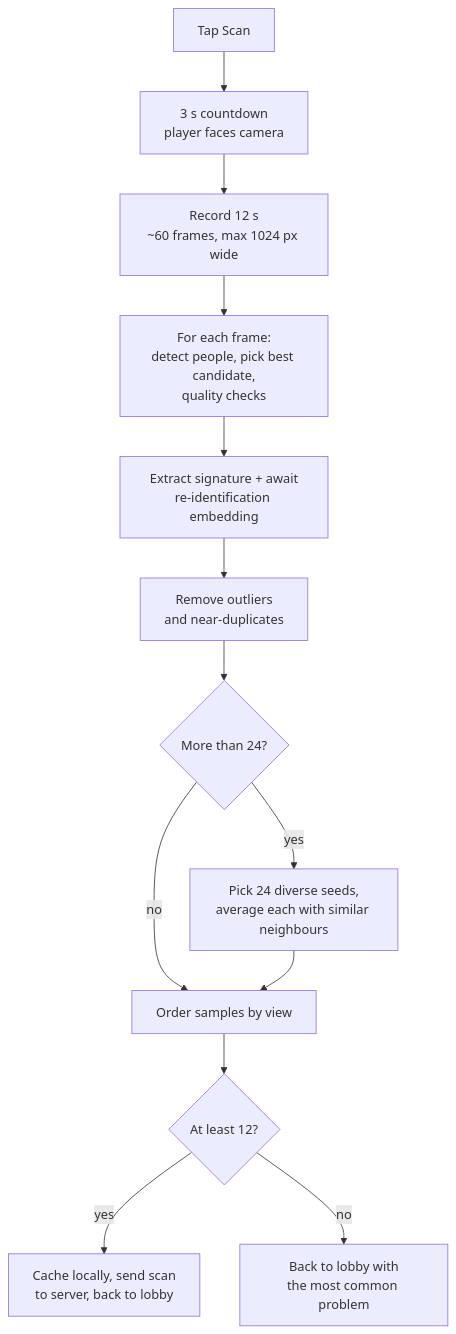
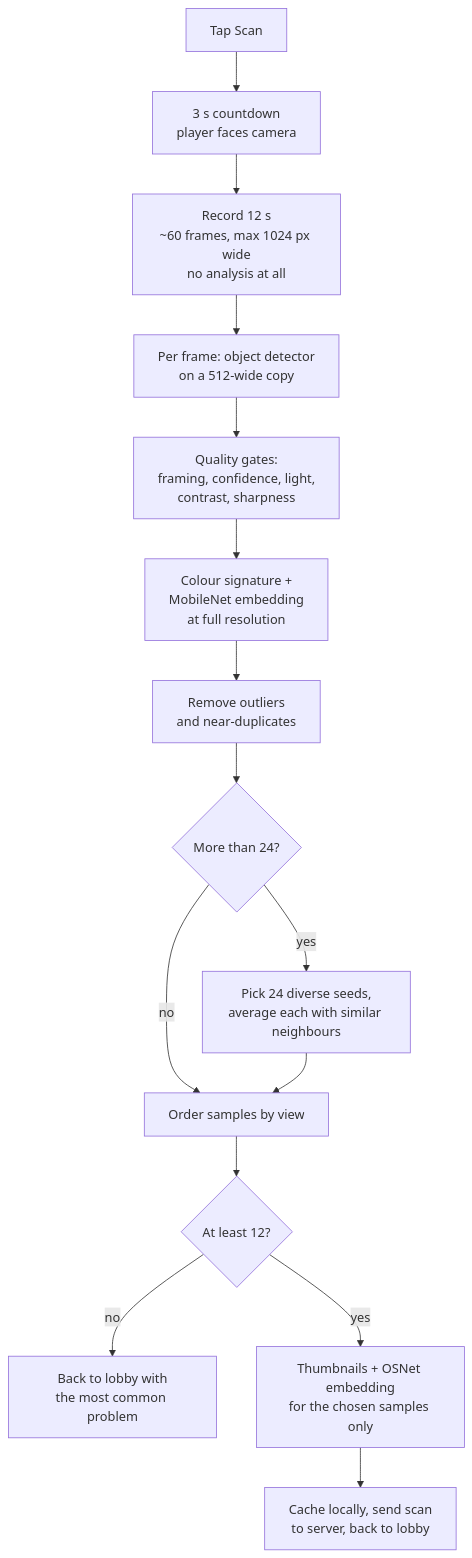
Before and after one commit to Basiliskenzahn/Laser-Tag: the diagram in docs/client/scanning.md, drawn with Mermaid. The commit also changed other lines of this file and 3 other files, not shown here.

First line of the commit message:
Select scan samples before paying for the expensive inferences

````diff
--- a/docs/client/scanning.md
+++ b/docs/client/scanning.md
@@ -13,15 +15,17 @@
 ```mermaid
 flowchart TD
   A[Tap Scan] --> B[3 s countdown<br/>player faces camera]
-  B --> C[Record 12 s<br/>~60 frames, max 1024 px wide]
-  C --> D[For each frame:<br/>detect people, pick best candidate,<br/>quality checks]
-  D --> E[Extract signature + await<br/>re-identification embedding]
-  E --> F[Remove outliers<br/>and near-duplicates]
-  F --> G{More than 24?}
-  G -- yes --> H[Pick 24 diverse seeds,<br/>average each with similar neighbours]
-  G -- no --> I
-  H --> I[Order samples by view]
-  I --> J{At least 12?}
-  J -- yes --> K[Cache locally, send scan<br/>to server, back to lobby]
-  J -- no --> L[Back to lobby with<br/>the most common problem]
+  B --> C[Record 12 s<br/>~60 frames, max 1024 px wide<br/>no analysis at all]
+  C --> D[Per frame: object detector<br/>on a 512-wide copy]
+  D --> E[Quality gates:<br/>framing, confidence, light,<br/>contrast, sharpness]
+  E --> F[Colour signature +<br/>MobileNet embedding<br/>at full resolution]
+  F --> G[Remove outliers<br/>and near-duplicates]
+  G --> H{More than 24?}
+  H -- yes --> I[Pick 24 diverse seeds,<br/>average each with similar neighbours]
+  H -- no --> J
+  I --> J[Order samples by view]
+  J --> K{At least 12?}
+  K -- no --> L[Back to lobby with<br/>the most common problem]
+  K -- yes --> M[Thumbnails + OSNet embedding<br/>for the chosen samples only]
+  M --> N[Cache locally, send scan<br/>to server, back to lobby]
 ```
````
